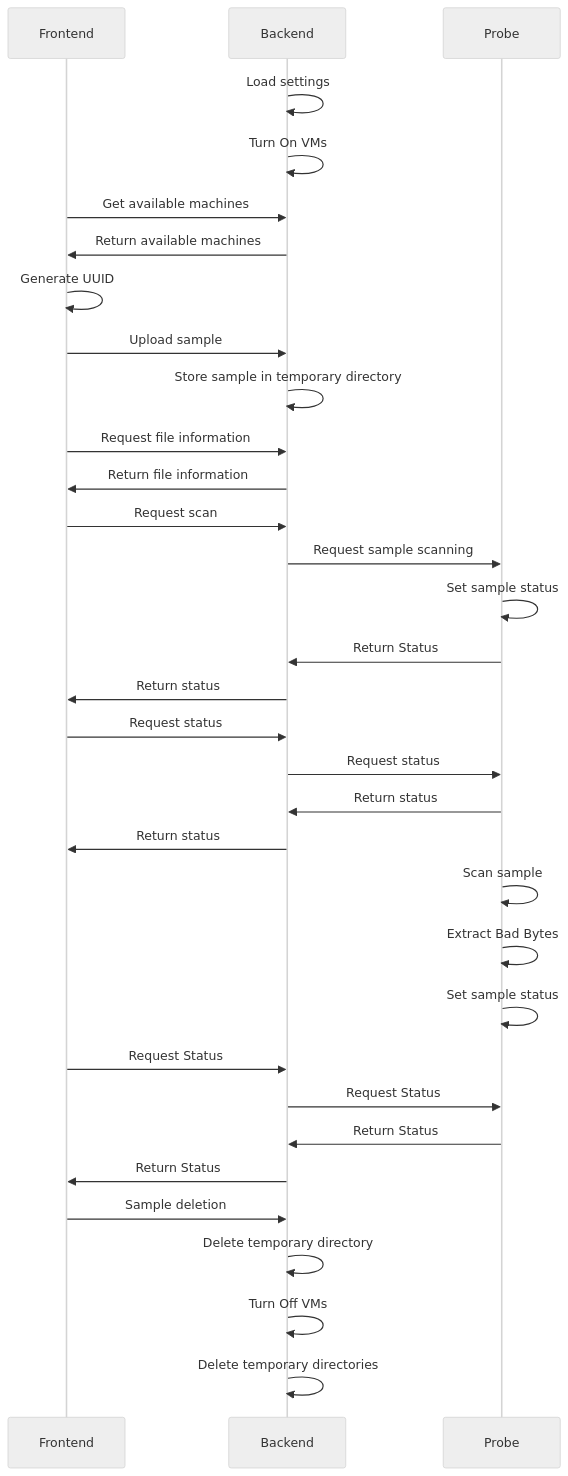
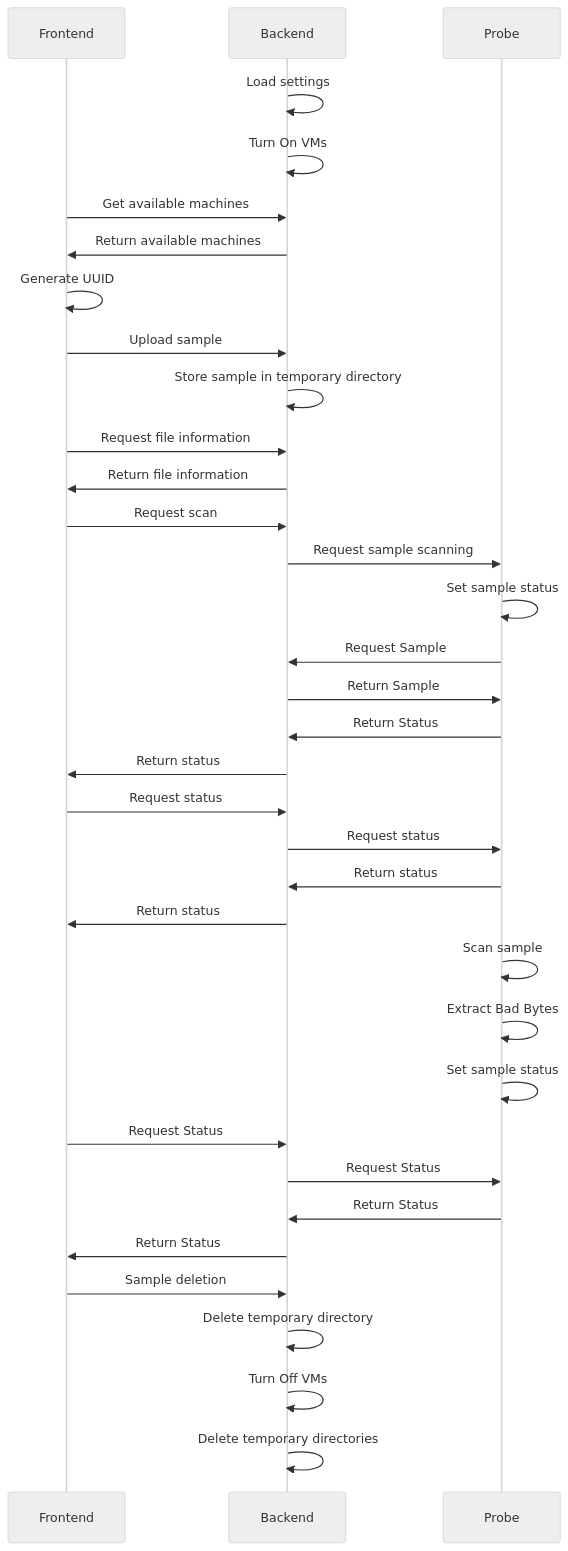
The diagram in multdocs/content/docs/multscan/how_it_works/_index.md (MultSec/multsec.github.io), drawn with Mermaid (neutral theme) before and after one commit.

````diff
--- a/multdocs/content/docs/multscan/how_it_works/_index.md
+++ b/multdocs/content/docs/multscan/how_it_works/_index.md
@@ -31,35 +31,37 @@
 ```mermaid
 sequenceDiagram
     participant Frontend
     participant Backend
     participant Probe
     Backend->>Backend:  Load settings
     Backend->>Backend:  Turn On VMs
     Frontend->>Backend: Get available machines
     Backend->>Frontend: Return available machines
     Frontend->>Frontend:Generate UUID
     Frontend->>Backend: Upload sample
     Backend->>Backend:  Store sample in temporary directory
     Frontend->>Backend: Request file information
     Backend->>Frontend: Return file information
     Frontend->>Backend: Request scan
     Backend->>Probe:    Request sample scanning
     Probe->>Probe:      Set sample status
+    Probe->>Backend:    Request Sample
+    Backend->>Probe:    Return Sample
     Probe->>Backend:    Return Status 
     Backend->>Frontend: Return status
     Frontend->>Backend: Request status
     Backend->>Probe:    Request status
     Probe->>Backend:    Return status 
     Backend->>Frontend: Return status
     Probe->>Probe:      Scan sample
     Probe->>Probe:      Extract Bad Bytes
     Probe->>Probe:      Set sample status
     Frontend->>Backend: Request Status
     Backend->>Probe:    Request Status
     Probe->>Backend:    Return Status 
     Backend->>Frontend: Return Status
     Frontend->>Backend: Sample deletion
     Backend->>Backend:  Delete temporary directory
     Backend->>Backend:  Turn Off VMs
     Backend->>Backend:  Delete temporary directories
 ```
````
